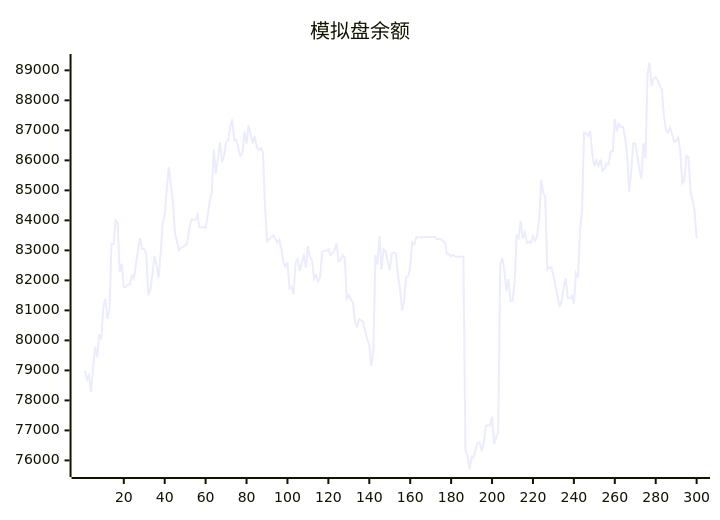
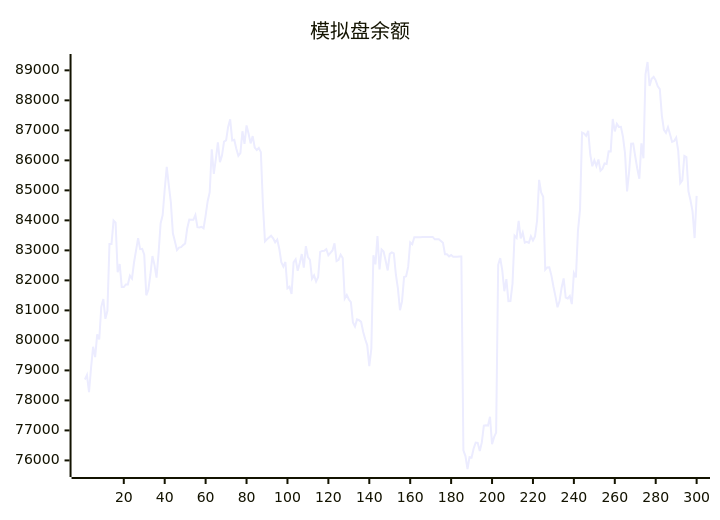
Before and after one commit to aahl/ai-trading: the diagram in README.md, drawn with Mermaid. The commit also changed other lines of this file and 1 other file, not shown here.

````diff
--- a/README.md
+++ b/README.md
@@ -5,5 +5,5 @@
 ```mermaid
 xychart
     title "模拟盘余额"
-    line [78978,78696,78846,78272,79085,79787,79442,80198,80031,81120,81379,80718,80985,83214,83212,83993,83921,82270,82547,81776,81776,81866,81866,82158,82061,82596,83000,83408,83041,83050,82858,81503,81691,82188,82812,82517,82092,82901,83898,84180,85030,85781,85178,84604,83569,83298,83008,83093,83107,83175,83228,83729,84025,84017,84019,84177,83775,83762,83785,83738,84160,84639,84939,86370,85548,86046,86599,85942,86161,86622,86664,87115,87369,86666,86685,86384,86152,86243,86969,86548,87164,86885,86566,86809,86427,86348,86417,86273,84538,83299,83369,83430,83490,83404,83270,83362,83056,82605,82459,82614,81734,81788,81551,82598,82702,82320,82580,82878,82426,83139,82778,82686,82056,82166,81963,82110,82951,82983,82984,83038,82838,82915,82998,83235,82642,82682,82858,82746,81396,81512,81362,81277,80600,80461,80699,80673,80616,80288,80038,79836,79142,79722,82837,82533,83480,82366,83032,82960,82654,82330,82883,82934,82901,82188,81728,81005,81298,82110,82135,82449,83264,83203,83440,83439,83440,83440,83446,83447,83448,83447,83448,83449,83369,83369,83369,83313,83256,82872,82873,82801,82844,82785,82791,82791,82793,82794,76339,76145,75714,76110,76096,76397,76594,76585,76310,76607,77160,77170,77160,77456,76541,76774,76927,82520,82744,82337,81639,82040,81307,81314,81887,83490,83414,83984,83396,83594,83261,83287,83253,83470,83327,83465,83987,85348,84930,84786,82355,82433,82438,82167,81795,81466,81105,81315,81756,82064,81426,81398,81481,81210,82242,82099,83658,84359,86925,86892,86814,86980,86203,85802,86003,85811,86028,85657,85721,85896,85880,86300,86299,87378,86965,87214,87115,87118,86780,86238,84966,85623,86555,86562,86129,85722,85387,86569,86070,88870,89278,88477,88720,88781,88668,88467,88372,87493,87018,86917,87102,86870,86613,86644,86758,86317,85242,85334,86149,86106,84968,84671,84302,83410]
+    line [78696,78846,78272,79085,79787,79442,80198,80031,81120,81379,80718,80985,83214,83212,83993,83921,82270,82547,81776,81776,81866,81866,82158,82061,82596,83000,83408,83041,83050,82858,81503,81691,82188,82812,82517,82092,82901,83898,84180,85030,85781,85178,84604,83569,83298,83008,83093,83107,83175,83228,83729,84025,84017,84019,84177,83775,83762,83785,83738,84160,84639,84939,86370,85548,86046,86599,85942,86161,86622,86664,87115,87369,86666,86685,86384,86152,86243,86969,86548,87164,86885,86566,86809,86427,86348,86417,86273,84538,83299,83369,83430,83490,83404,83270,83362,83056,82605,82459,82614,81734,81788,81551,82598,82702,82320,82580,82878,82426,83139,82778,82686,82056,82166,81963,82110,82951,82983,82984,83038,82838,82915,82998,83235,82642,82682,82858,82746,81396,81512,81362,81277,80600,80461,80699,80673,80616,80288,80038,79836,79142,79722,82837,82533,83480,82366,83032,82960,82654,82330,82883,82934,82901,82188,81728,81005,81298,82110,82135,82449,83264,83203,83440,83439,83440,83440,83446,83447,83448,83447,83448,83449,83369,83369,83369,83313,83256,82872,82873,82801,82844,82785,82791,82791,82793,82794,76339,76145,75714,76110,76096,76397,76594,76585,76310,76607,77160,77170,77160,77456,76541,76774,76927,82520,82744,82337,81639,82040,81307,81314,81887,83490,83414,83984,83396,83594,83261,83287,83253,83470,83327,83465,83987,85348,84930,84786,82355,82433,82438,82167,81795,81466,81105,81315,81756,82064,81426,81398,81481,81210,82242,82099,83658,84359,86925,86892,86814,86980,86203,85802,86003,85811,86028,85657,85721,85896,85880,86300,86299,87378,86965,87214,87115,87118,86780,86238,84966,85623,86555,86562,86129,85722,85387,86569,86070,88870,89278,88477,88720,88781,88668,88467,88372,87493,87018,86917,87102,86870,86613,86644,86758,86317,85242,85334,86149,86106,84968,84671,84302,83410,84816]
 ```
````
